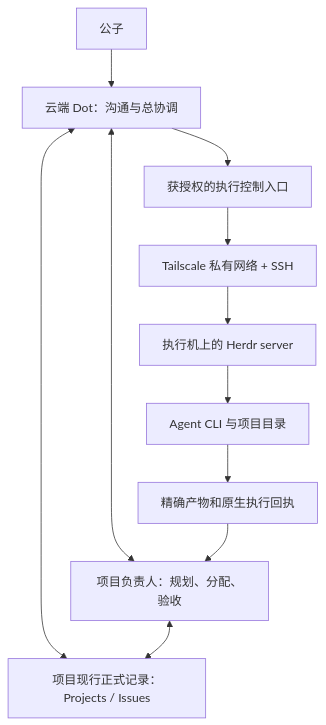
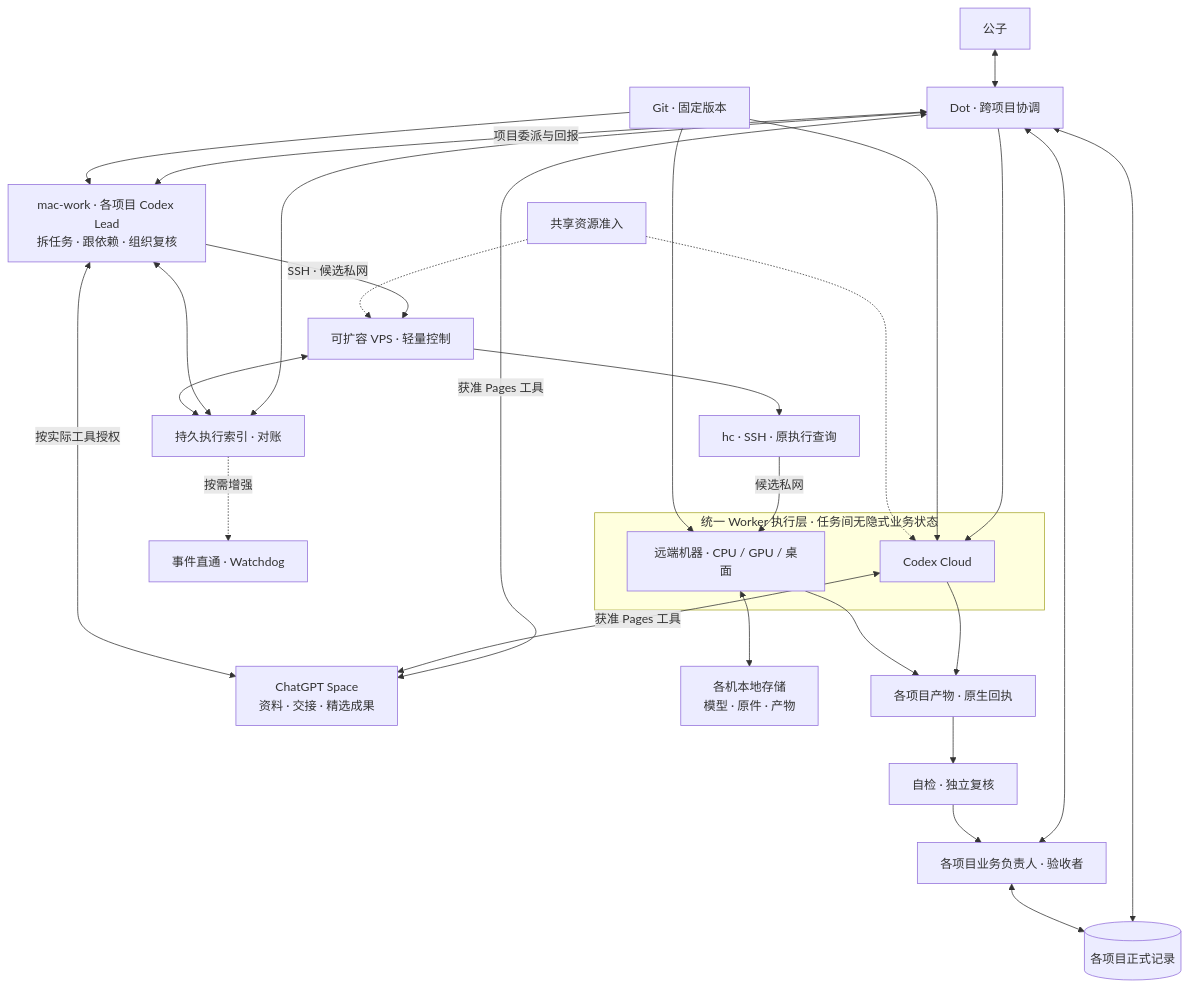
One commit to CF-FE/herdr-4-codexcloud changed the diagram in docs/architecture.md. Above: the diagram before and after it, drawn with Mermaid. The commit also changed other lines of this file and 5 other files, not shown here.

Commit message:
docs: refine collaboration architecture and host requirements

````diff
--- a/docs/architecture.md
+++ b/docs/architecture.md
@@ -17,13 +19,33 @@
 ```mermaid
 flowchart TD
-    U["公子"] --> D["云端 Dot：沟通与总协调"]
-    D <--> O["项目负责人：规划、分配、验收"]
-    D <--> P["项目现行正式记录：Projects / Issues"]
+    U["公子"] <--> D["Dot · 跨项目协调"]
+    D <--> O["各项目业务负责人 · 验收者"]
+    D <--> P[("各项目正式记录")]
     O <--> P
-    D --> C["获授权的执行控制入口"]
-    C --> N["Tailscale 私有网络 + SSH"]
-    N --> H["执行机上的 Herdr server"]
-    H --> A["Agent CLI 与项目目录"]
-    A --> R["精确产物和原生执行回执"]
-    R --> O
+    D <-->|"项目委派与回报"| A["mac-work · 各项目 Codex Lead<br/>拆任务 · 跟依赖 · 组织复核"]
+    subgraph POOL["统一 Worker 执行层 · 任务间无隐式业务状态"]
+        C["Codex Cloud"]
+        M["远端机器 · CPU / GPU / 桌面"]
+    end
+    D --> C
+    A -->|"SSH · 候选私网"| V["可扩容 VPS · 轻量控制"]
+    V --> H["hc · SSH · 原执行查询"]
+    H -->|"候选私网"| M
+    D <-->|"获准 Pages 工具"| SP["ChatGPT Space<br/>资料 · 交接 · 精选成果"]
+    C <-->|"获准 Pages 工具"| SP
+    A <-->|"按实际工具授权"| SP
+    G["Git · 固定版本"] --> C
+    G --> A
+    G --> M
+    M <--> L["各机本地存储<br/>模型 · 原件 · 产物"]
+    C --> R["各项目产物 · 原生回执"]
+    M --> R
+    R --> Q["自检 · 独立复核"]
+    Q --> O
+    D <--> I["持久执行索引 · 对账"]
+    A <--> I
+    V <--> I
+    S["共享资源准入"] -.-> C
+    S -.-> V
+    I -.按需增强.-> W["事件直通 · Watchdog"]
 ```
````
